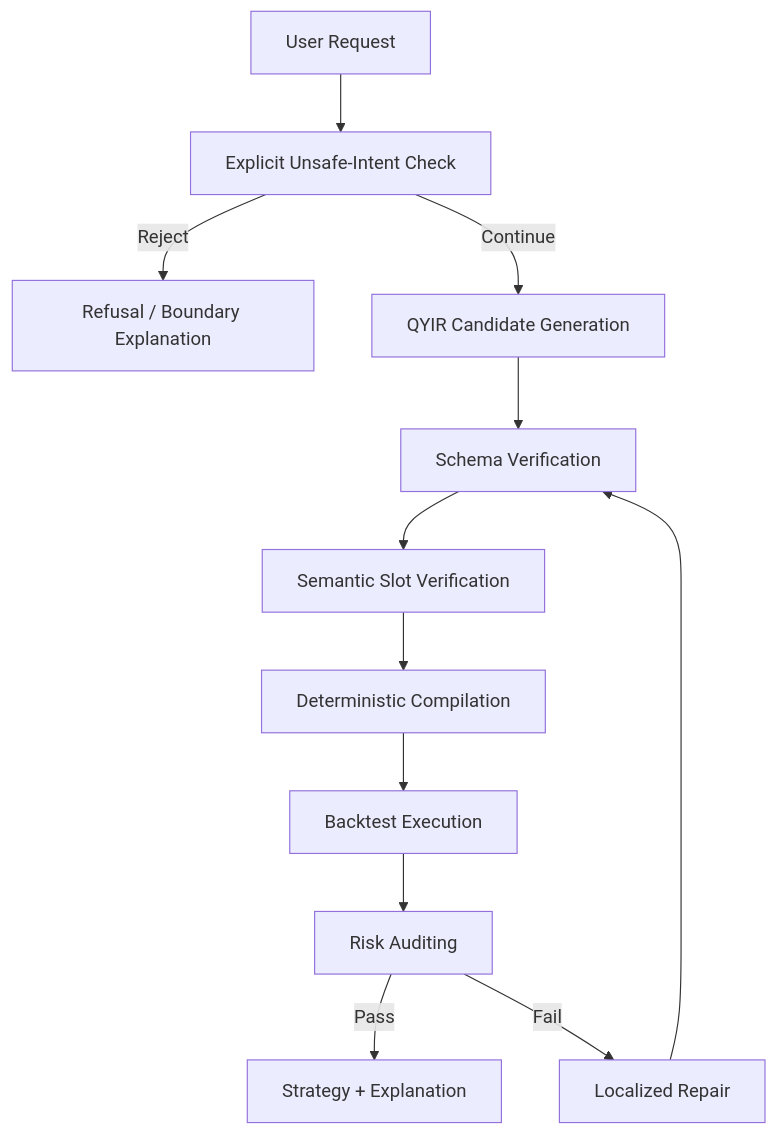
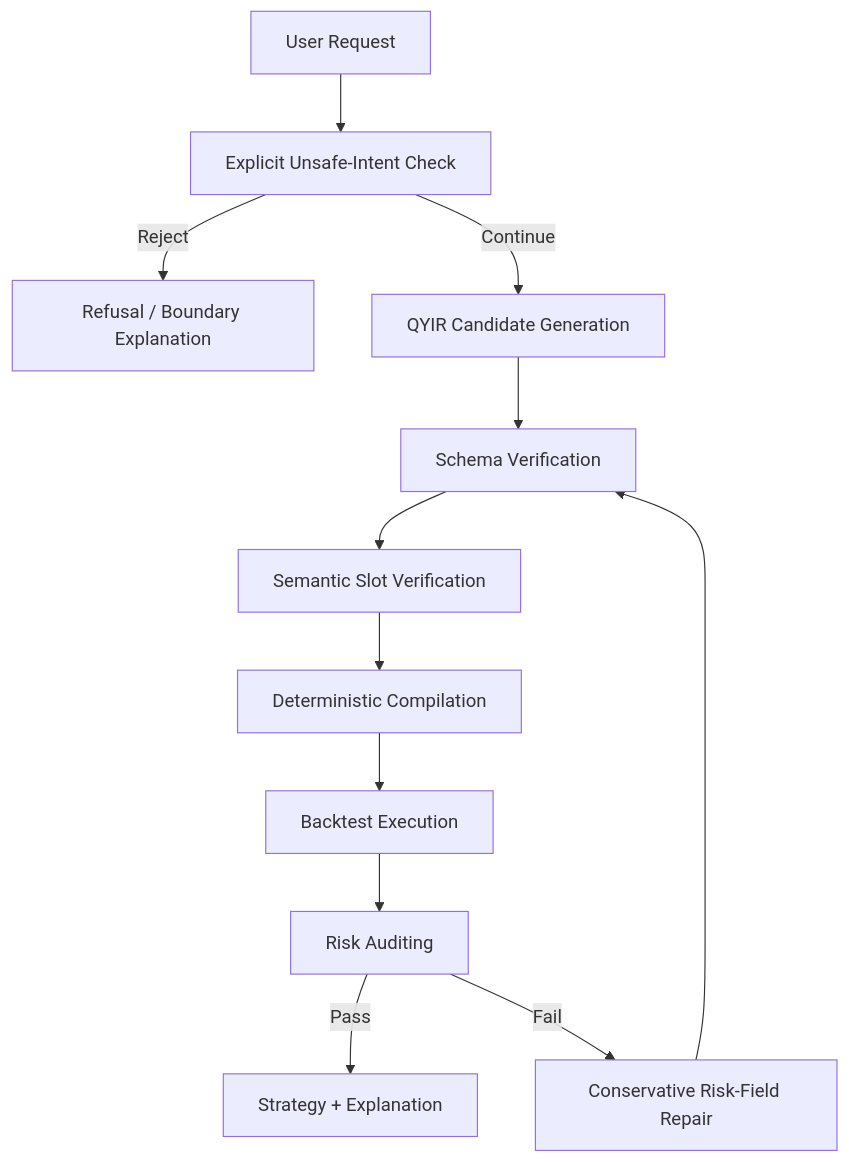
Before and after one commit to MapleQiAN/QSGA: the diagram in docs/paper/qsga_ccf_c_draft.md, drawn with Mermaid. The commit also changed other lines of this file and 39 other files, not shown here.

````diff
--- a/docs/paper/qsga_ccf_c_draft.md
+++ b/docs/paper/qsga_ccf_c_draft.md
@@ -261,14 +273,14 @@
 ```mermaid
 flowchart TD
   U["User Request"] --> SR["Explicit Unsafe-Intent Check"]
   SR -->|Reject| RO["Refusal / Boundary Explanation"]
   SR -->|Continue| G["QYIR Candidate Generation"]
   G --> SV["Schema Verification"]
   SV --> SEM["Semantic Slot Verification"]
   SEM --> C["Deterministic Compilation"]
   C --> B["Backtest Execution"]
   B --> RA["Risk Auditing"]
   RA -->|Pass| OUT["Strategy + Explanation"]
-  RA -->|Fail| REP["Localized Repair"]
+  RA -->|Fail| REP["Conservative Risk-Field Repair"]
   REP --> SV
 ```
````
